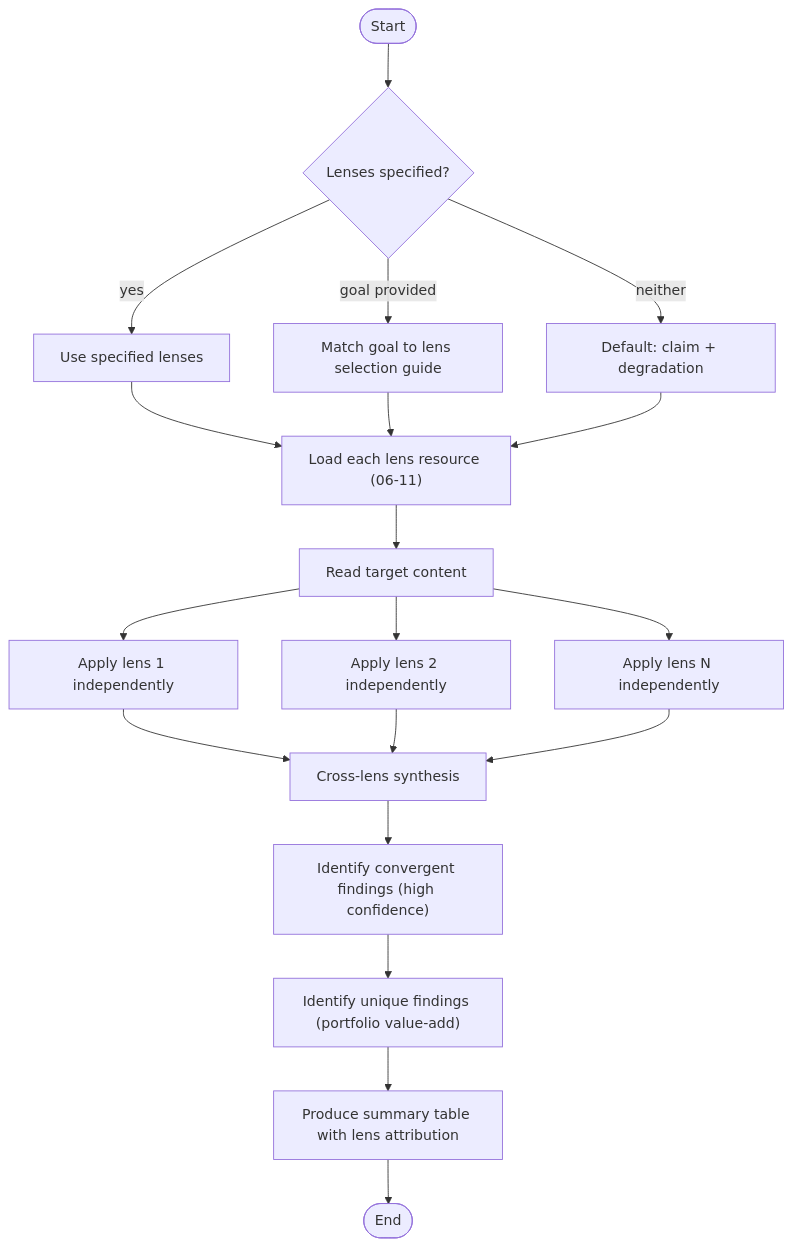
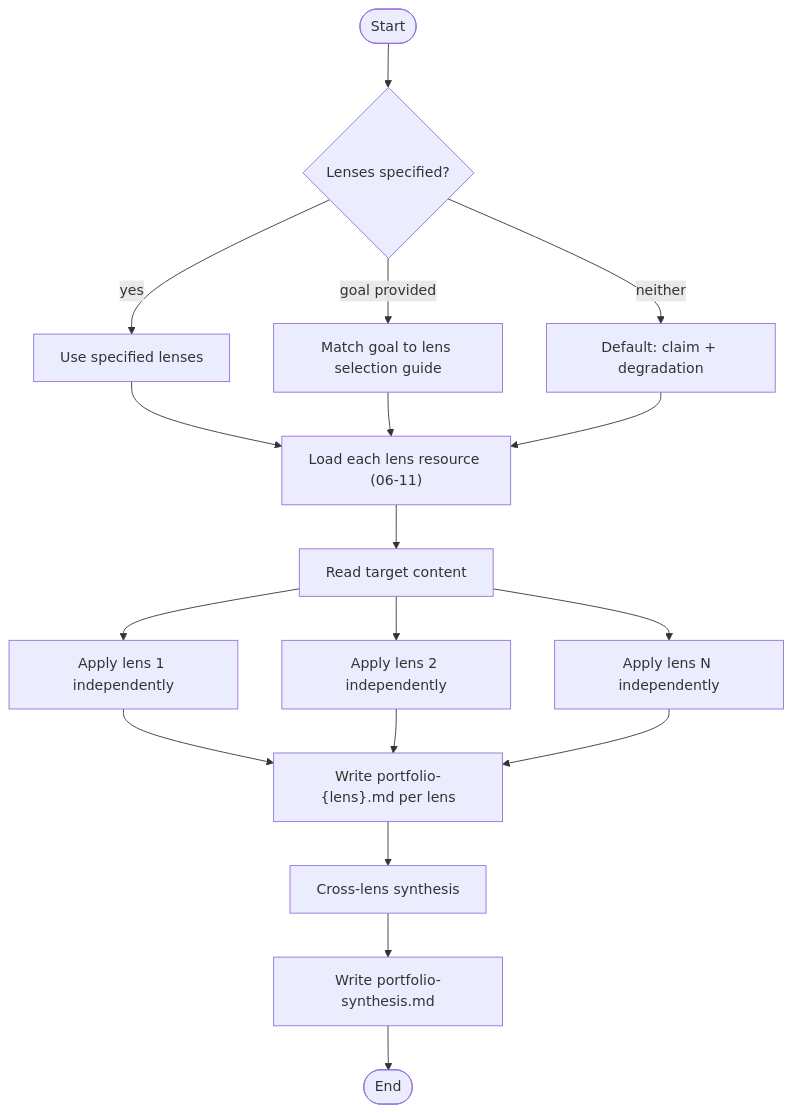
The third of 5 diagrams in prism/skills/README.md (m2ux/workflow-server), drawn with Mermaid before and after one commit. The commit also changed other lines of this file and 1 other file, not shown here.

First line of the commit message:
docs(prism): rewrite workflow and skills READMEs for current architecture

````diff
--- a/prism/skills/README.md
+++ b/prism/skills/README.md
@@ -95,21 +98,20 @@
 ```mermaid
 graph TD
     startNode(["Start"]) --> selectLenses{"Lenses specified?"}
     selectLenses -->|"yes"| useLenses["Use specified lenses"]
     selectLenses -->|"goal provided"| matchGoal["Match goal to lens selection guide"]
     selectLenses -->|"neither"| useDefault["Default: claim + degradation"]
     useLenses --> loadAll["Load each lens resource (06-11)"]
     matchGoal --> loadAll
     useDefault --> loadAll
     loadAll --> readTarget["Read target content"]
     readTarget --> applyLens1["Apply lens 1 independently"]
     readTarget --> applyLens2["Apply lens 2 independently"]
     readTarget --> applyLensN["Apply lens N independently"]
-    applyLens1 --> crossSynth["Cross-lens synthesis"]
-    applyLens2 --> crossSynth
-    applyLensN --> crossSynth
-    crossSynth --> convergent["Identify convergent findings (high confidence)"]
-    convergent --> unique["Identify unique findings (portfolio value-add)"]
-    unique --> summaryTable["Produce summary table with lens attribution"]
-    summaryTable --> endNode(["End"])
+    applyLens1 --> writePerLens["Write portfolio-{lens}.md per lens"]
+    applyLens2 --> writePerLens
+    applyLensN --> writePerLens
+    writePerLens --> crossSynth["Cross-lens synthesis"]
+    crossSynth --> writeSynth["Write portfolio-synthesis.md"]
+    writeSynth --> endNode(["End"])
 ```
````
